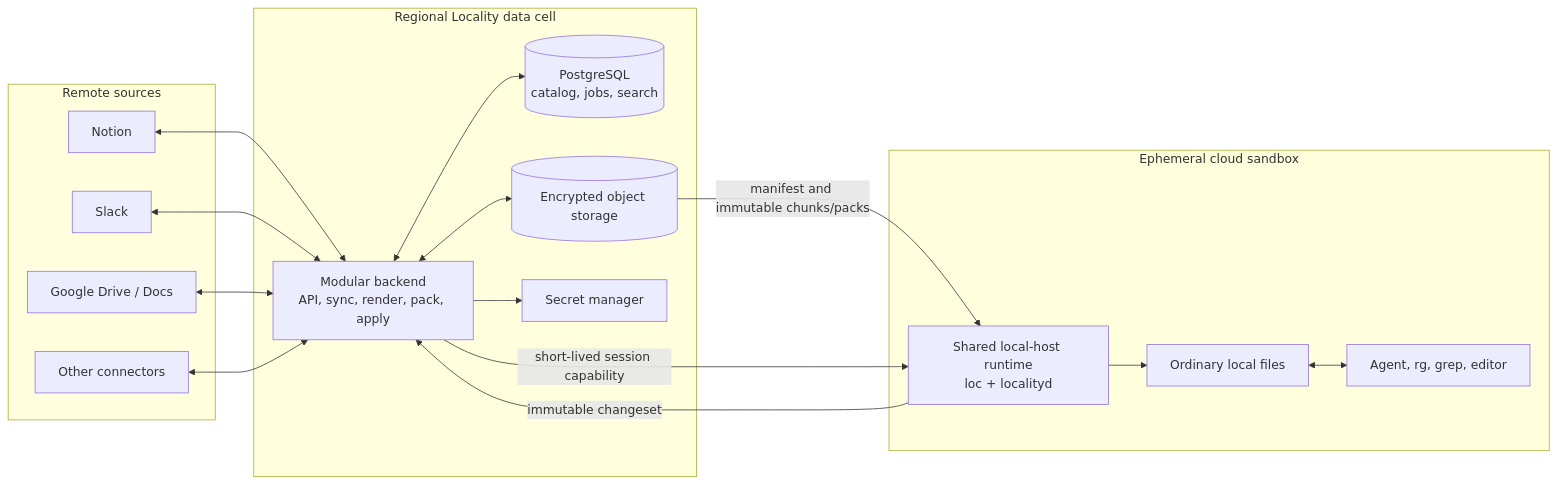
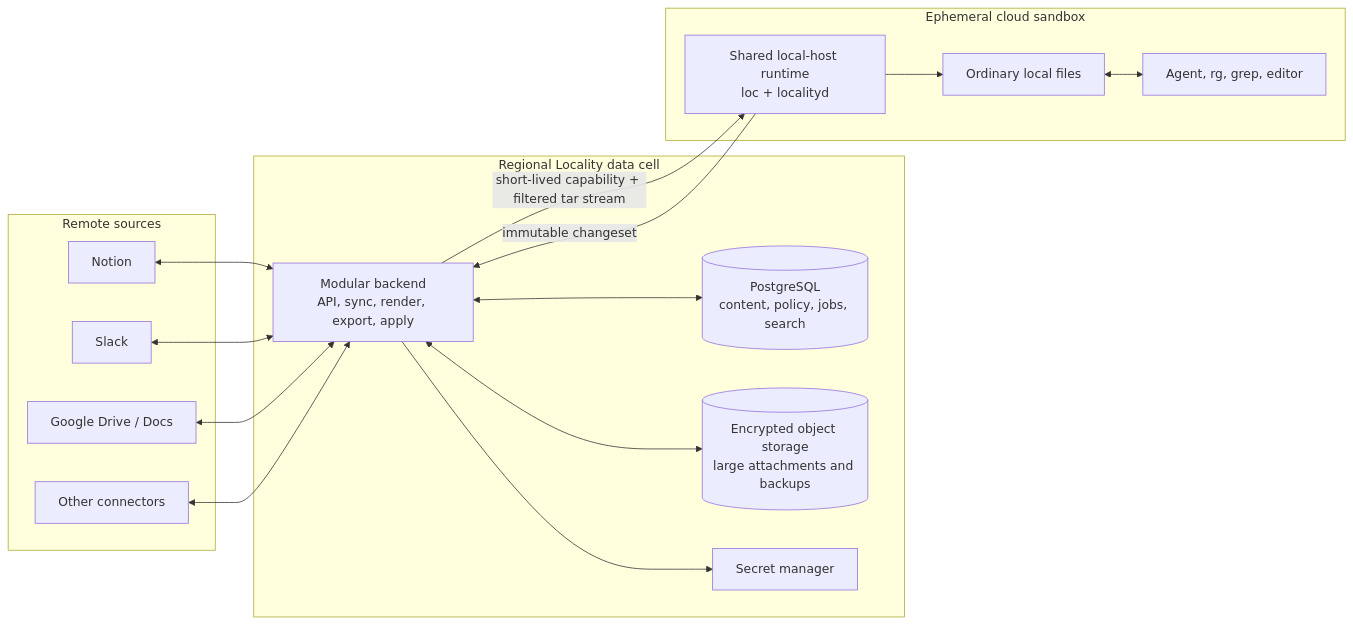
The first of 4 diagrams in docs/cloud-sandbox-data-plane.md (codeflash-ai/locality), drawn with Mermaid before and after one commit. The commit also changed other lines of this file and 1 other file, not shown here.

````diff
--- a/docs/cloud-sandbox-data-plane.md
+++ b/docs/cloud-sandbox-data-plane.md
@@ -257,35 +258,34 @@
 ```mermaid
 flowchart LR
   subgraph Sources[Remote sources]
     N[Notion]
     S[Slack]
     G[Google Drive / Docs]
     O[Other connectors]
   end
 
   subgraph Cell[Regional Locality data cell]
-    APP[Modular backend<br/>API, sync, render, pack, apply]
-    PG[(PostgreSQL<br/>catalog, jobs, search)]
-    BS[(Encrypted object storage)]
+    APP[Modular backend<br/>API, sync, render, export, apply]
+    PG[(PostgreSQL<br/>content, policy, jobs, search)]
+    BS[(Encrypted object storage<br/>large attachments and backups)]
     SM[Secret manager]
   end
 
   subgraph Sandbox[Ephemeral cloud sandbox]
     LC[Shared local-host runtime<br/>loc + localityd]
     FS[Ordinary local files]
     AG[Agent, rg, grep, editor]
   end
 
   N <--> APP
   S <--> APP
   G <--> APP
   O <--> APP
   APP <--> PG
   APP <--> BS
   APP --> SM
-  BS -->|manifest and immutable chunks/packs| LC
-  APP -->|short-lived session capability| LC
+  APP -->|short-lived capability + filtered tar stream| LC
   LC --> FS
   FS <--> AG
   LC -->|immutable changeset| APP
 ```
````
